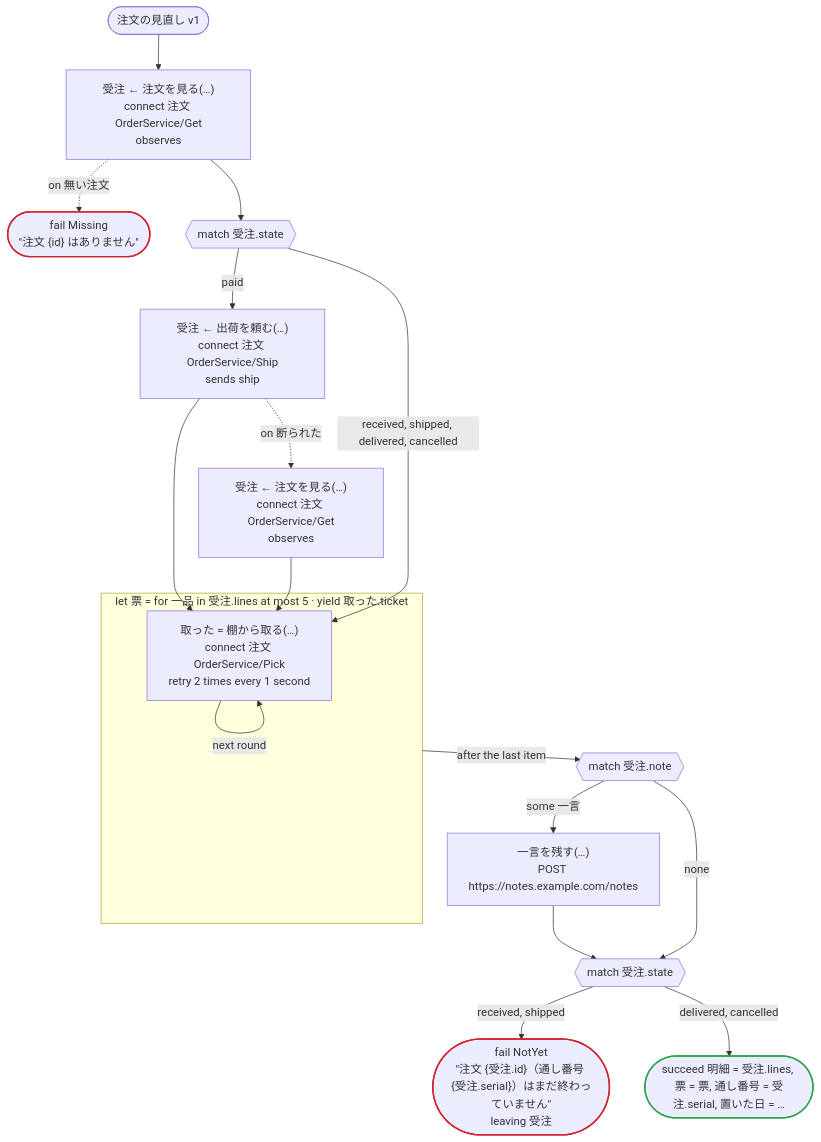
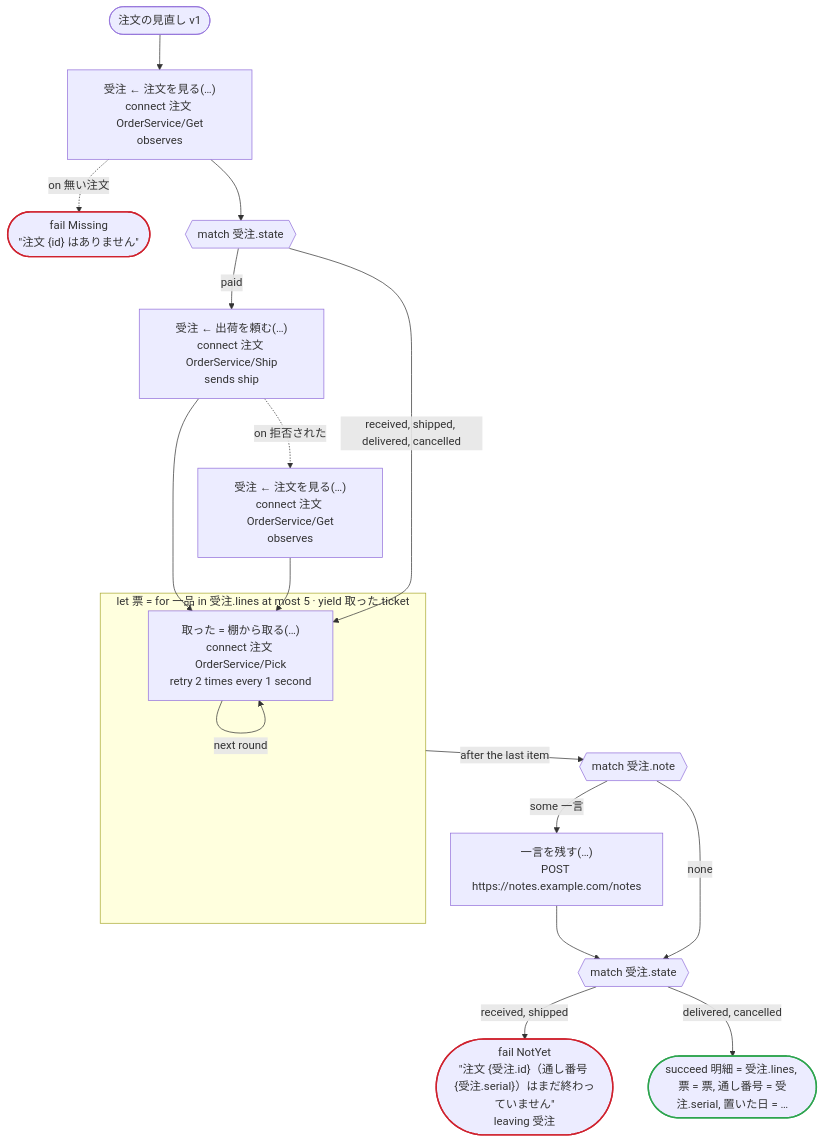
Before and after one commit to i2y/ritsu: the first of 3 diagrams in crates/dandori/tests/doc/tests-flows-proto_types.en.md, drawn with Mermaid. The commit also changed other lines of this file and 523 other files, not shown here.

````diff
--- a/crates/dandori/tests/doc/tests-flows-proto_types.en.md
+++ b/crates/dandori/tests/doc/tests-flows-proto_types.en.md
@@ -9,36 +9,36 @@
 ```mermaid
 flowchart TD
     start(["注文の見直し v1"])
     s1["受注 ← 注文を見る(…)<br>connect 注文 OrderService/Get<br>observes"]
     s2(["fail Missing<br>#quot;注文 {id} はありません#quot;"])
     s3{{"match 受注.state"}}
     s4["受注 ← 出荷を頼む(…)<br>connect 注文 OrderService/Ship<br>sends ship"]
     s5["受注 ← 注文を見る(…)<br>connect 注文 OrderService/Get<br>observes"]
     subgraph L7 ["let 票 = for 一品 in 受注.lines at most 5 · yield 取った.ticket"]
         s8["取った = 棚から取る(…)<br>connect 注文 OrderService/Pick<br>retry 2 times every 1 second"]
     end
     s9{{"match 受注.note"}}
     s10["一言を残す(…)<br>POST https://notes.example.com/notes"]
     s12{{"match 受注.state"}}
     s14(["fail NotYet<br>#quot;注文 {受注.id}（通し番号 {受注.serial}）はまだ終わっていません#quot;<br>leaving 受注"])
     s15(["succeed 明細 = 受注.lines, 票 = 票, 通し番号 = 受注.serial, 置いた日 = …"])
     start --> s1
     s1 -.->|"on 無い注文"| s2
     s1 --> s3
     s3 -->|"paid"| s4
-    s4 -.->|"on 断られた"| s5
+    s4 -.->|"on 拒否された"| s5
     s4 --> s8
     s5 --> s8
     s3 -->|"received, shipped, delivered, cancelled"| s8
     s8 -->|"next round"| s8
     L7 -->|"after the last item"| s9
     s9 -->|"some 一言"| s10
     s10 --> s12
     s9 -->|"none"| s12
     s12 -->|"received, shipped"| s14
     s12 -->|"delivered, cancelled"| s15
     classDef ok stroke:#2da44e,stroke-width:2px
     classDef bad stroke:#cf222e,stroke-width:2px
     class s15 ok
     class s2,s14 bad
 ```
````
